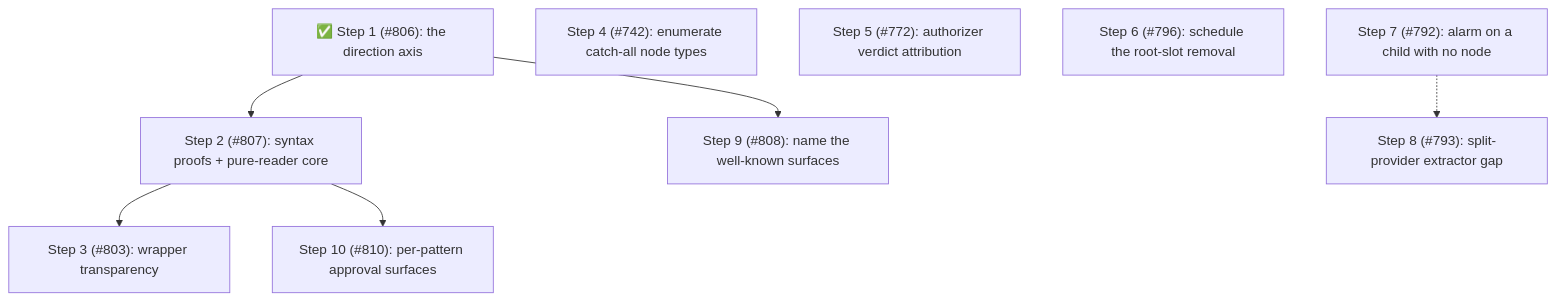
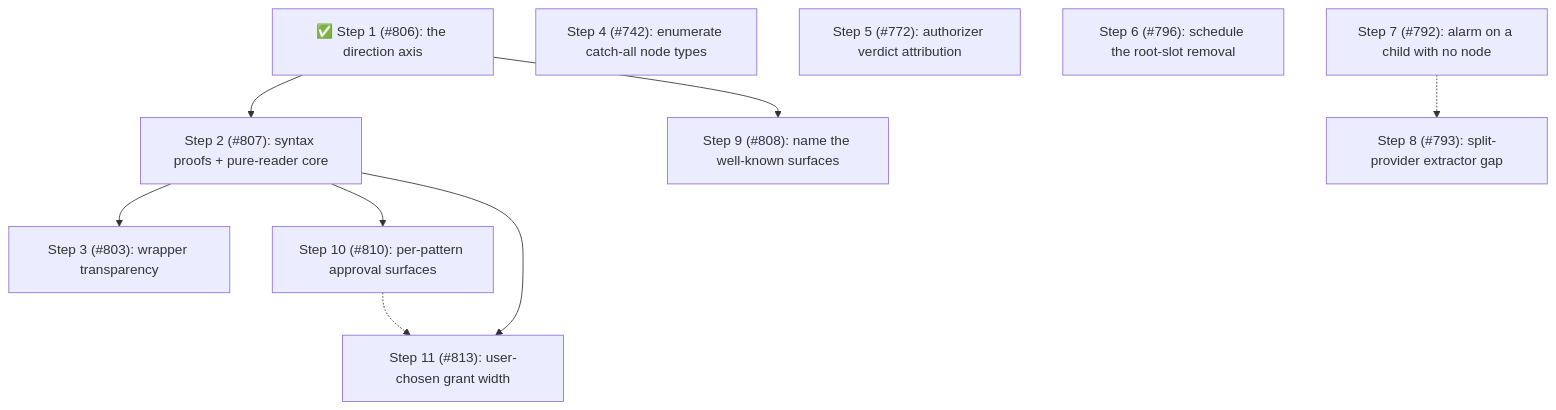
One commit to gotgenes/pi-packages changed the fourth of 4 diagrams in packages/pi-permission-system/docs/architecture/architecture.md. Above: the diagram before and after it, drawn with Mermaid. The commit also changed other lines of this file, not shown here.

````diff
--- a/packages/pi-permission-system/docs/architecture/architecture.md
+++ b/packages/pi-permission-system/docs/architecture/architecture.md
@@ -1228,15 +1244,18 @@
 ```mermaid
 flowchart TD
     S1["✅ Step 1 (#806): the direction axis"] --> S2["Step 2 (#807): syntax proofs + pure-reader core"]
     S2 --> S3["Step 3 (#803): wrapper transparency"]
     S4["Step 4 (#742): enumerate catch-all node types"]
     S5["Step 5 (#772): authorizer verdict attribution"]
     S6["Step 6 (#796): schedule the root-slot removal"]
     S7["Step 7 (#792): alarm on a child with no node"]
     S8["Step 8 (#793): split-provider extractor gap"]
     S9["Step 9 (#808): name the well-known surfaces"]
     S10["Step 10 (#810): per-pattern approval surfaces"]
+    S11["Step 11 (#813): user-chosen grant width"]
     S7 -.-> S8
     S1 --> S9
     S2 --> S10
+    S2 --> S11
+    S10 -.-> S11
 ```
````
